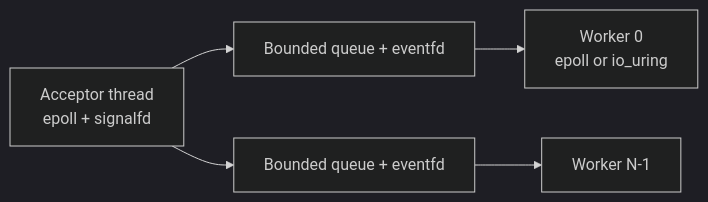
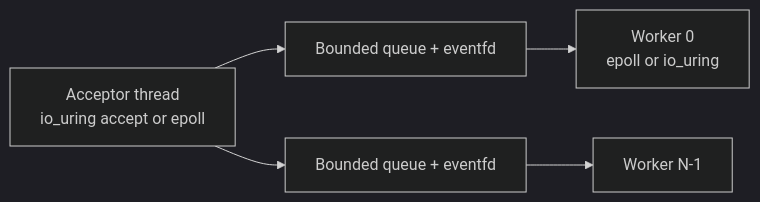
One commit to dkolancs/FluxNet changed the diagram in README.md. Above: the diagram before and after it, drawn with Mermaid (dark theme). The commit also changed other lines of this file and 74 other files, not shown here.

````diff
--- a/README.md
+++ b/README.md
@@ -31,10 +33,10 @@
 ```mermaid
 flowchart LR
-  acc[Acceptor thread<br/>epoll + signalfd]
+  acc[Acceptor thread<br/>io_uring accept or epoll]
   q1[Bounded queue + eventfd]
   q2[Bounded queue + eventfd]
   w1[Worker 0<br/>epoll or io_uring]
   w2[Worker N-1]
   acc --> q1 --> w1
   acc --> q2 --> w2
 ```
````
